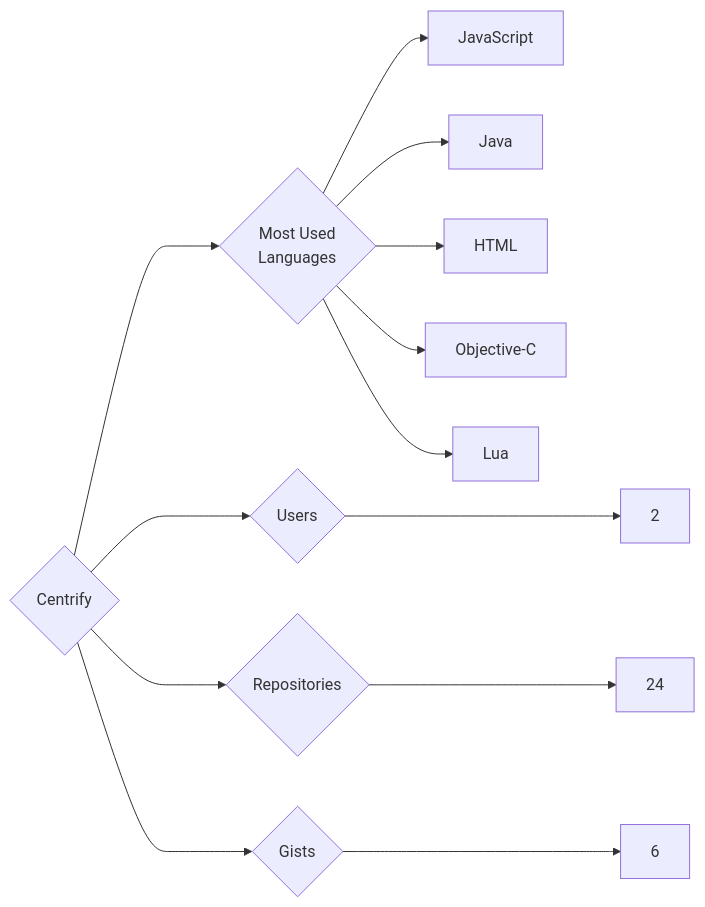
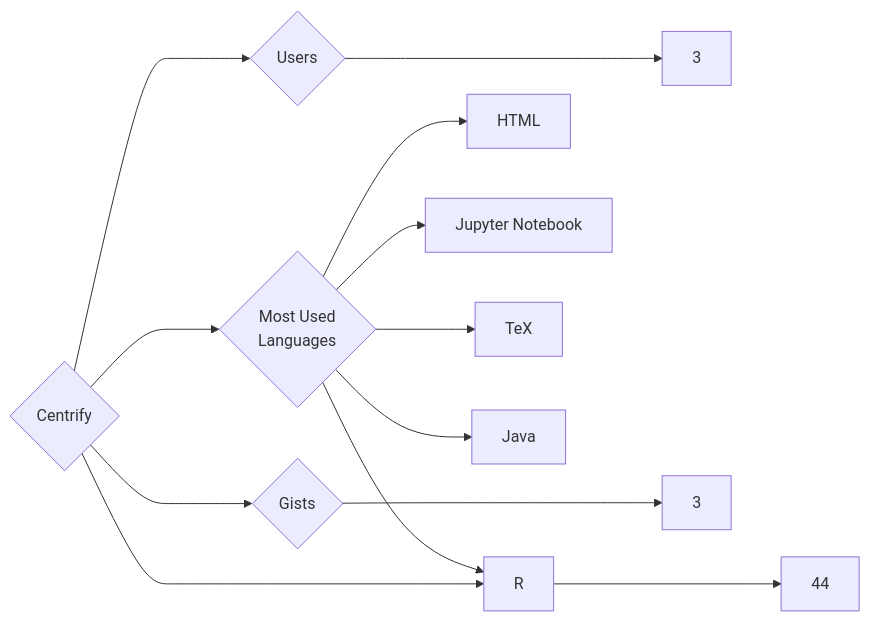
The diagram in targets/Centrify/README.md (trickest/insiders), drawn with Mermaid before and after one commit. The commit also changed 934 other files, not shown here.

````diff
--- a/targets/Centrify/README.md
+++ b/targets/Centrify/README.md
@@ -3,13 +3,13 @@
 ```mermaid
 graph LR
 COMPANY_NAME{Centrify}
-COMPANY_NAME ---> U{Users} ---> UN[2]
-COMPANY_NAME ---> R{Repositories} ---> RN[24]
-COMPANY_NAME ---> G{Gists} ---> GN[6]
+COMPANY_NAME ---> U{Users} ---> UN[3]
+COMPANY_NAME ---> R{Repositories} ---> RN[44]
+COMPANY_NAME ---> G{Gists} ---> GN[3]
 COMPANY_NAME ---> ML{Most Used<br>Languages}
-ML --> JavaScript[JavaScript]
+ML --> HTML[HTML]
+ML --> Jupyter_Notebook[Jupyter Notebook]
+ML --> R[R]
+ML --> TeX[TeX]
 ML --> Java[Java]
-ML --> HTML[HTML]
-ML --> Objective-C[Objective-C]
-ML --> Lua[Lua]
 ```
````
